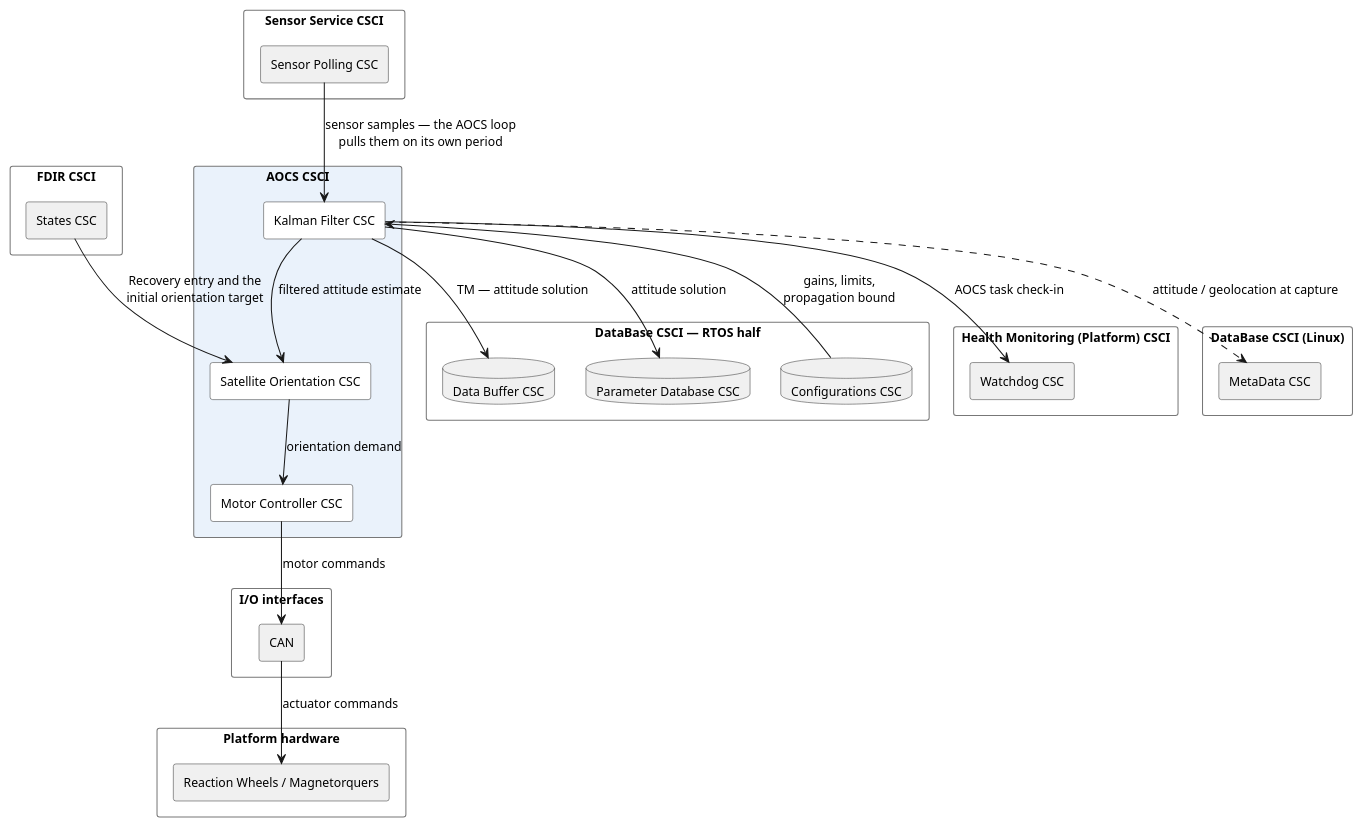
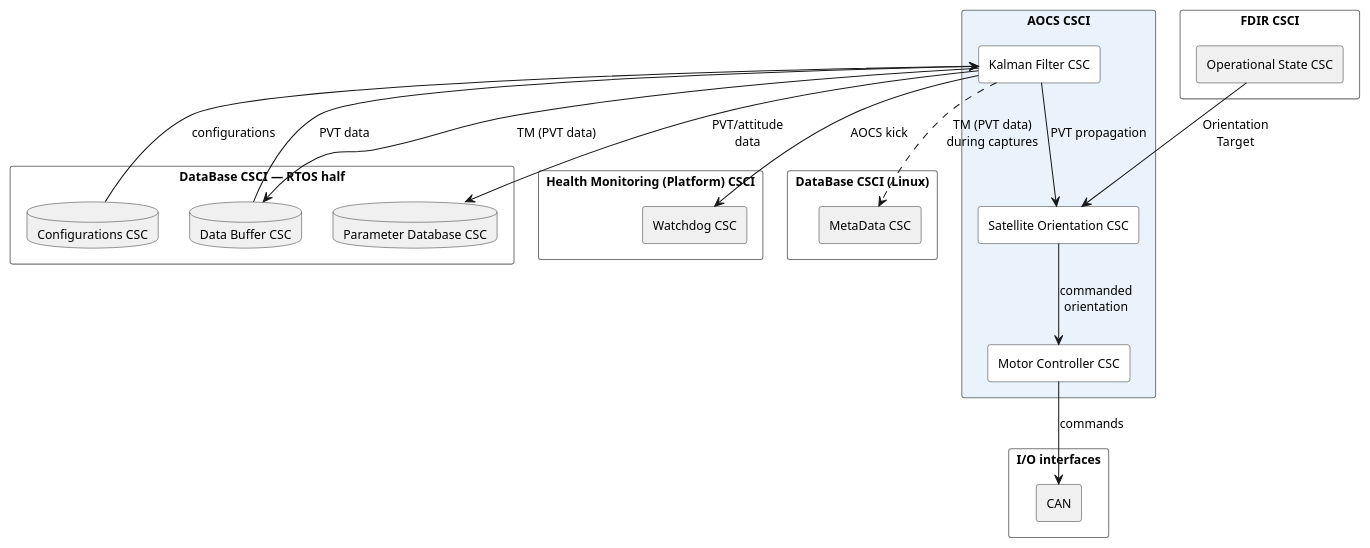
One commit to seapit/urban-memory changed the diagram in docs/puml/obc-csci-aocs.puml. Above: the diagram before and after it, drawn with PlantUML. The commit also changed 8 other files, not shown here.

Commit message:
Update plantuml sources, add linux-domain database diagram

```diff
--- a/docs/puml/obc-csci-aocs.puml
+++ b/docs/puml/obc-csci-aocs.puml
@@ -1,74 +1,58 @@
 @startuml
-' AOCS CSCI — the CSCI in full, with every relation that crosses its boundary.
-' Everything drawn in grey is context: it is shown only far enough to say what
-' this CSCI talks to. The whole picture is in obc-csci-full.puml.
-' GENERATED from obc-csci-full.puml — edit that file, then re-run split.py.
-
 skinparam componentStyle rectangle
 skinparam packageStyle rectangle
 skinparam shadowing false
 skinparam nodesep 30
 skinparam ranksep 58
 skinparam defaultFontSize 12
 skinparam wrapWidth 240
 skinparam package {
   BackgroundColor #FFFFFF
   BorderColor #777777
 }
 skinparam component {
   BackgroundColor #FFFFFF
   BorderColor #333333
 }
 skinparam database {
   BackgroundColor #FFFFFF
   BorderColor #333333
 }
 
-' ---------------------------------------------- the CSCI under view
 package "AOCS CSCI" as AOCS #EAF2FB {
   component "Kalman Filter CSC" as FILTER
   component "Satellite Orientation CSC" as SATORIENT
   component "Motor Controller CSC" as MOT
 }
 
-' ---------------------------------------------- context only
 package "DataBase CSCI — RTOS half" as DBRT {
   database "Data Buffer CSC" as DBUF #F0F0F0
   database "Configurations CSC" as CFG #F0F0F0
   database "Parameter Database CSC" as PDB #F0F0F0
 }
 package "Health Monitoring (Platform) CSCI" as HM {
   component "Watchdog CSC" as WD #F0F0F0
 }
 package "FDIR CSCI" as FDIR {
-  component "States CSC" as STATES #F0F0F0
-}
-package "Sensor Service CSCI" as SENS {
-  component "Sensor Polling CSC" as POLL #F0F0F0
+  component "Operational State CSC" as STATES #F0F0F0
 }
 package "I/O interfaces" as IFACE {
   component "CAN" as CAN #F0F0F0
 }
 package "DataBase CSCI (Linux)" as DBLX {
   component "MetaData CSC" as META #F0F0F0
 }
-package "Platform hardware" as PHW {
-  component "Reaction Wheels / Magnetorquers" as ACT #F0F0F0
-}
 
-' ---------------------------------------------- inside the CSCI
-FILTER --> SATORIENT : filtered attitude estimate
-SATORIENT --> MOT : orientation demand
+FILTER --> SATORIENT : PVT propagation
+SATORIENT --> MOT : commanded\norientation
 
-' ---------------------------------------------- across its boundary
-CFG --> FILTER : gains, limits,\npropagation bound
-FILTER --> PDB : attitude solution
-FILTER --> WD : AOCS task check-in
-STATES --> SATORIENT : Recovery entry and the\ninitial orientation target
-POLL --> FILTER : sensor samples — the AOCS loop\npulls them on its own period
-MOT --> CAN : motor commands
-FILTER --> DBUF : TM — attitude solution
-FILTER ..> META : attitude / geolocation at capture
-CAN --> ACT : actuator commands
+CFG --> FILTER : configurations
+FILTER --> PDB : PVT/attitude\ndata
+FILTER --> WD : AOCS kick
+STATES --> SATORIENT : Orientation\nTarget
+DBUF --> FILTER : PVT data
+MOT --> CAN : commands
+FILTER --> DBUF : TM (PVT data)
+FILTER ..> META : TM (PVT data)\nduring captures
 
 @enduml
```
